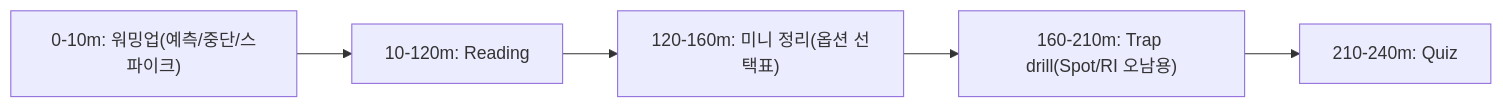
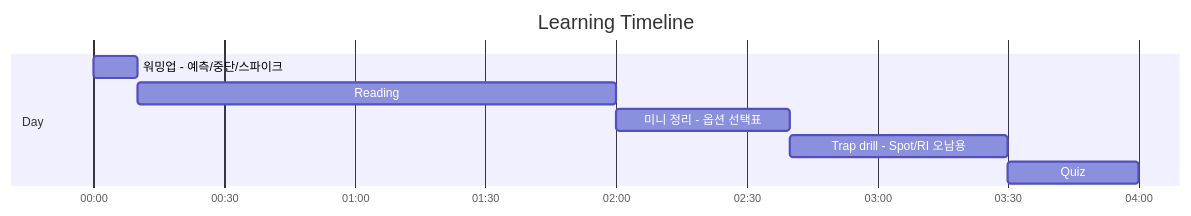
Before and after one commit to niceguy61/aws-saa-lecture-2026: the first of 2 diagrams in aws-saa/week04/day02/README.md, drawn with Mermaid. The commit also changed 21 other files, not shown here.

Commit message:
docs(aws-saa): use mermaid gantt for learning timelines

````diff
--- a/aws-saa/week04/day02/README.md
+++ b/aws-saa/week04/day02/README.md
@@ -26,7 +26,12 @@
 ```mermaid
-flowchart LR
-  A["0-10m: 워밍업(예측/중단/스파이크)"] --> B["10-120m: Reading"]
-  B --> C["120-160m: 미니 정리(옵션 선택표)"]
-  C --> D["160-210m: Trap drill(Spot/RI 오남용)"]
-  D --> E["210-240m: Quiz"]
+gantt
+  title Learning Timeline
+  dateFormat  HH:mm
+  axisFormat  %H:%M
+  section Day
+  워밍업 - 예측/중단/스파이크 :t1, 00:00, 10m
+  Reading :t2, after t1, 110m
+  미니 정리 - 옵션 선택표 :t3, after t2, 40m
+  Trap drill - Spot/RI 오남용 :t4, after t3, 50m
+  Quiz :t5, after t4, 30m
 ```
````
